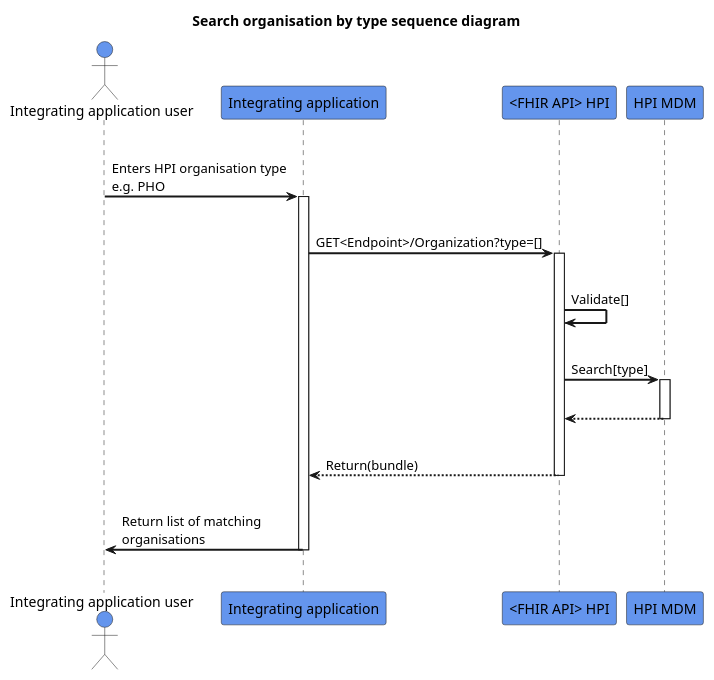
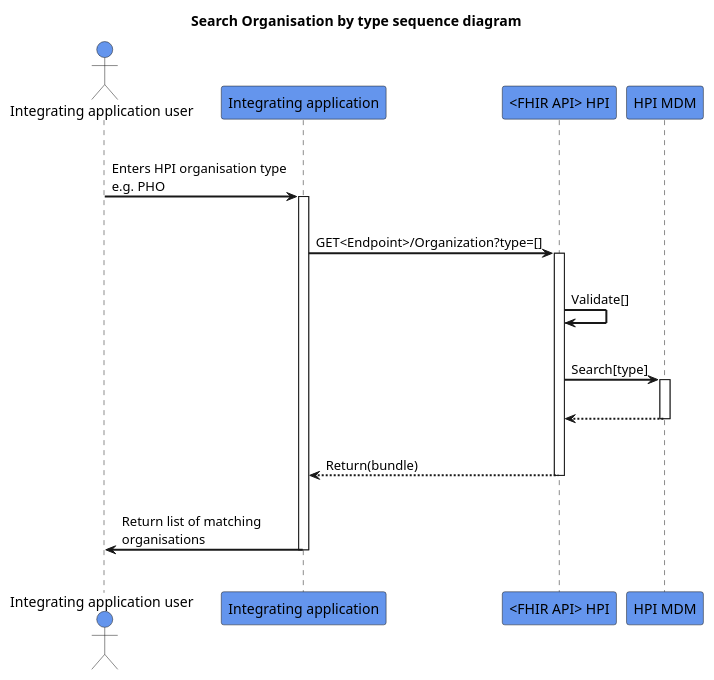
One commit to HL7NZ/hpi changed the diagram in input/images-source/search-organisationbytype.plantuml. Above: the diagram before and after it, drawn with PlantUML.

```diff
--- a/input/images-source/search-organisationbytype.plantuml
+++ b/input/images-source/search-organisationbytype.plantuml
@@ -1,32 +1,32 @@
 @startuml
 skinparam sequenceArrowThickness 2
 skinparam roundcorner 5
 skinparam maxmessagesize 180
 skinparam sequenceParticipant bold
-title Search organisation by type sequence diagram
+title Search Organisation by type sequence diagram
 actor "Integrating application user" as User #CornflowerBlue
 participant "Integrating application" as A #CornflowerBlue
 participant "<FHIR API> HPI" as B #CornflowerBlue
 participant "HPI MDM" as C #CornflowerBlue
 |||
 User -> A: Enters HPI organisation type e.g. PHO
 activate A
 |||
 A -> B: GET<Endpoint>/Organization?type=[]
 activate B
 |||
 B -> B: Validate[]
 |||
 B -> C: Search[type]
 activate C
 |||
 C -[dashed]-> B:  
 deactivate C
 |||
 B -[dashed]-> A:Return(bundle)
 deactivate B
 |||
 A -> User: Return list of matching organisations
 deactivate A
 |||
 @enduml
```
